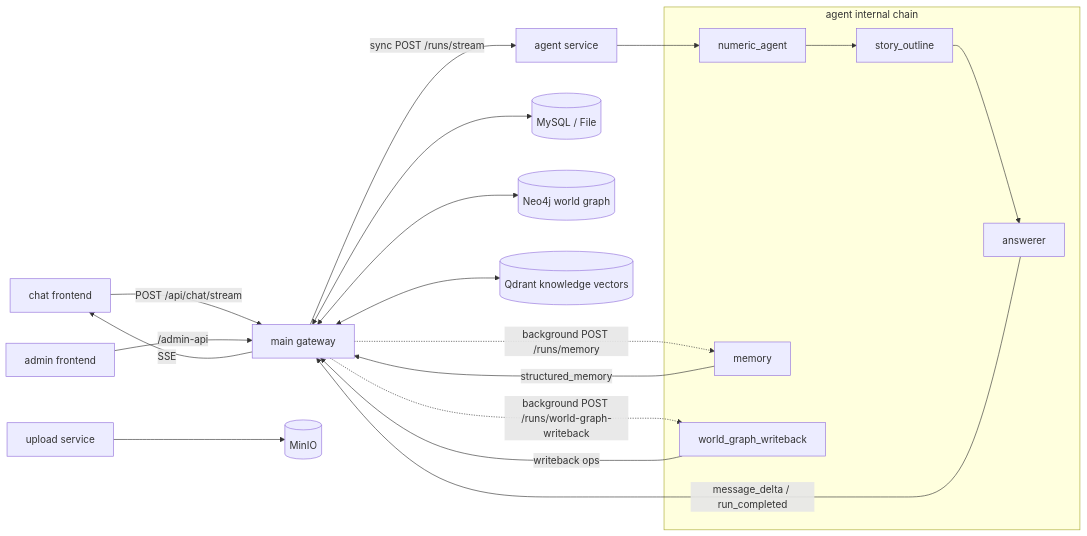
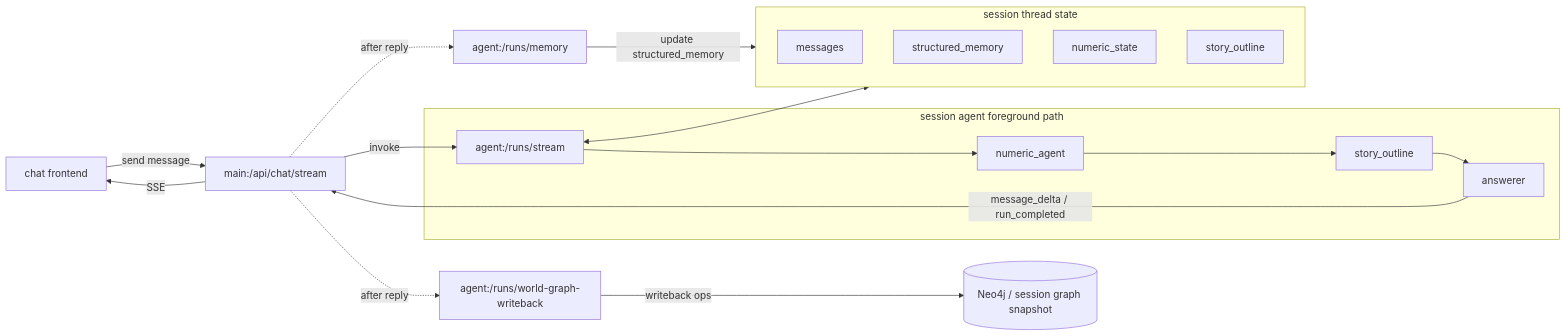
The second of 2 diagrams in README.en.md (zrbyhelp/MyAiChat), drawn with Mermaid before and after one commit. The commit also changed other lines of this file and 3 other files, not shown here.

Commit message:
docs: 更新说明文档架构与预览动图

````diff
--- a/README.en.md
+++ b/README.en.md
@@ -56,25 +78,26 @@
 ```mermaid
 flowchart LR
-  A[chat frontend] -->|POST /api/chat/stream| B[main gateway]
-  H[admin frontend] -->|/admin-api| B
-  B -->|sync POST /runs/stream| C[agent service]
-  subgraph AG[agent internal chain]
-    C1[numeric_agent]
-    C2[story_outline]
-    C3[answerer]
-    C4[memory]
-    C5[world_graph_writeback]
-    C1 --> C2 --> C3
+  A[chat frontend] -->|send message| B[main:/api/chat/stream]
+  B -->|invoke| C[agent:/runs/stream]
+
+  subgraph S[session agent foreground path]
+    C --> D[numeric_agent]
+    D --> E[story_outline]
+    E --> F[answerer]
   end
-  C --> C1
-  C3 -->|message_delta / run_completed| B
+
+  subgraph T[session thread state]
+    T1[messages]
+    T2[structured_memory]
+    T3[numeric_state]
+    T4[story_outline]
+  end
+
+  C <--> T
+  F -->|message_delta / run_completed| B
   B -->|SSE| A
-  B -. background POST /runs/memory .-> C4
-  C4 -->|structured_memory| B
-  B -. background POST /runs/world-graph-writeback .-> C5
-  C5 -->|writeback ops| B
-  B <--> D[(MySQL / File)]
-  B <--> E[(Neo4j world graph)]
-  B <--> F[(Qdrant knowledge vectors)]
-  G[upload service] --> I[(MinIO)]
+  B -. after reply .-> G[agent:/runs/memory]
+  G -->|update structured_memory| T
+  B -. after reply .-> H[agent:/runs/world-graph-writeback]
+  H -->|writeback ops| I[(Neo4j / session graph snapshot)]
 ```
````
